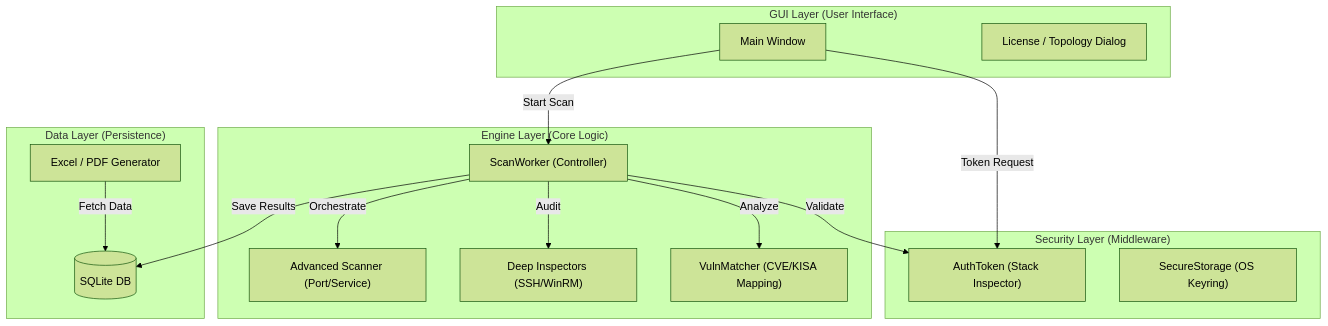
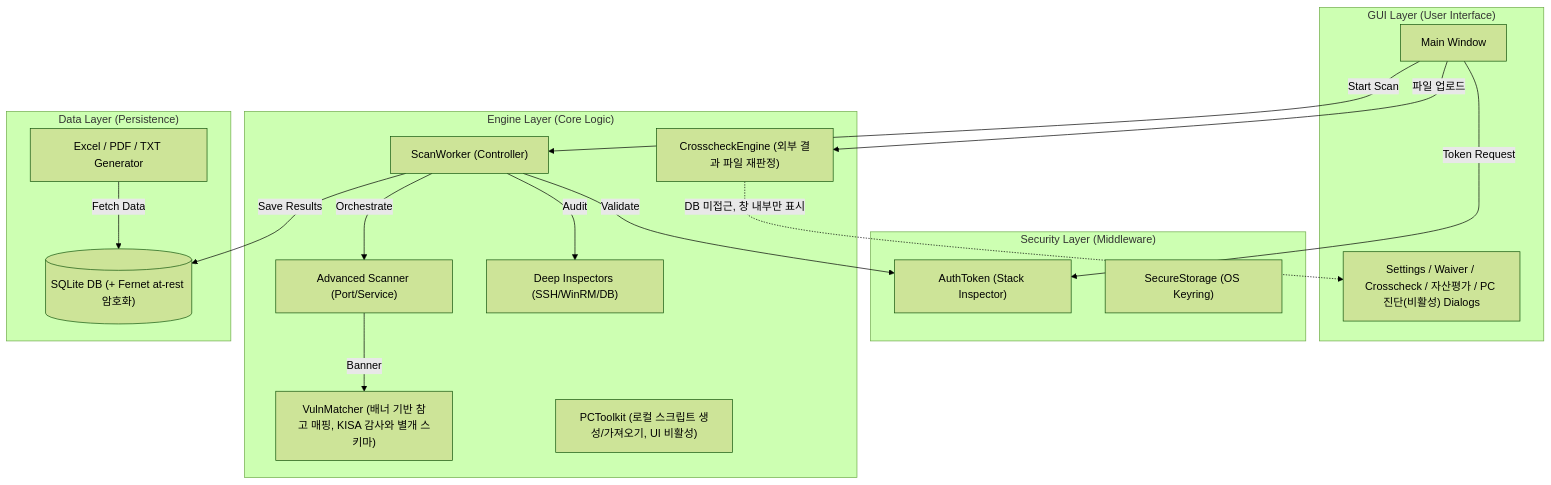
One commit to rorena15/Z-V_Scan changed the first of 5 diagrams in 기술 명세서.md. Above: the diagram before and after it, drawn with Mermaid (forest theme). The commit also changed other lines of this file and 4 other files, not shown here.

````diff
--- a/기술 명세서.md
+++ b/기술 명세서.md
@@ -21,33 +21,37 @@
 ```mermaid
 graph TD
     subgraph "GUI Layer (User Interface)"
         UI["Main Window"]
-        Dialogs["License / Topology Dialog"]
+        Dialogs["Settings / Waiver / Crosscheck / 자산평가 / PC 진단(비활성) Dialogs"]
     end
 
     subgraph "Security Layer (Middleware)"
         Auth["AuthToken (Stack Inspector)"]
         Secure["SecureStorage (OS Keyring)"]
     end
 
     subgraph "Engine Layer (Core Logic)"
         Worker["ScanWorker (Controller)"]
         Scanner["Advanced Scanner (Port/Service)"]
-        Inspectors["Deep Inspectors (SSH/WinRM)"]
-        Matcher["VulnMatcher (CVE/KISA Mapping)"]
+        Inspectors["Deep Inspectors (SSH/WinRM/DB)"]
+        Matcher["VulnMatcher (배너 기반 참고 매핑, KISA 감사와 별개 스키마)"]
+        Cross["CrosscheckEngine (외부 결과 파일 재판정)"]
+        PCTool["PCToolkit (로컬 스크립트 생성/가져오기, UI 비활성)"]
     end
 
     subgraph "Data Layer (Persistence)"
-        DB[("SQLite DB")]
-        Report["Excel / PDF Generator"]
+        DB[("SQLite DB (+ Fernet at-rest 암호화)")]
+        Report["Excel / PDF / TXT Generator"]
     end
 
     UI -->|Token Request| Auth
     UI -->|Start Scan| Worker
+    UI -->|파일 업로드| Cross
     Worker -->|Validate| Auth
     Worker -->|Orchestrate| Scanner
     Worker -->|Audit| Inspectors
-    Worker -->|Analyze| Matcher
+    Scanner -->|Banner| Matcher
     Worker -->|Save Results| DB
+    Cross -.->|DB 미접근, 창 내부만 표시| Dialogs
     Report -->|Fetch Data| DB
 ```
````
